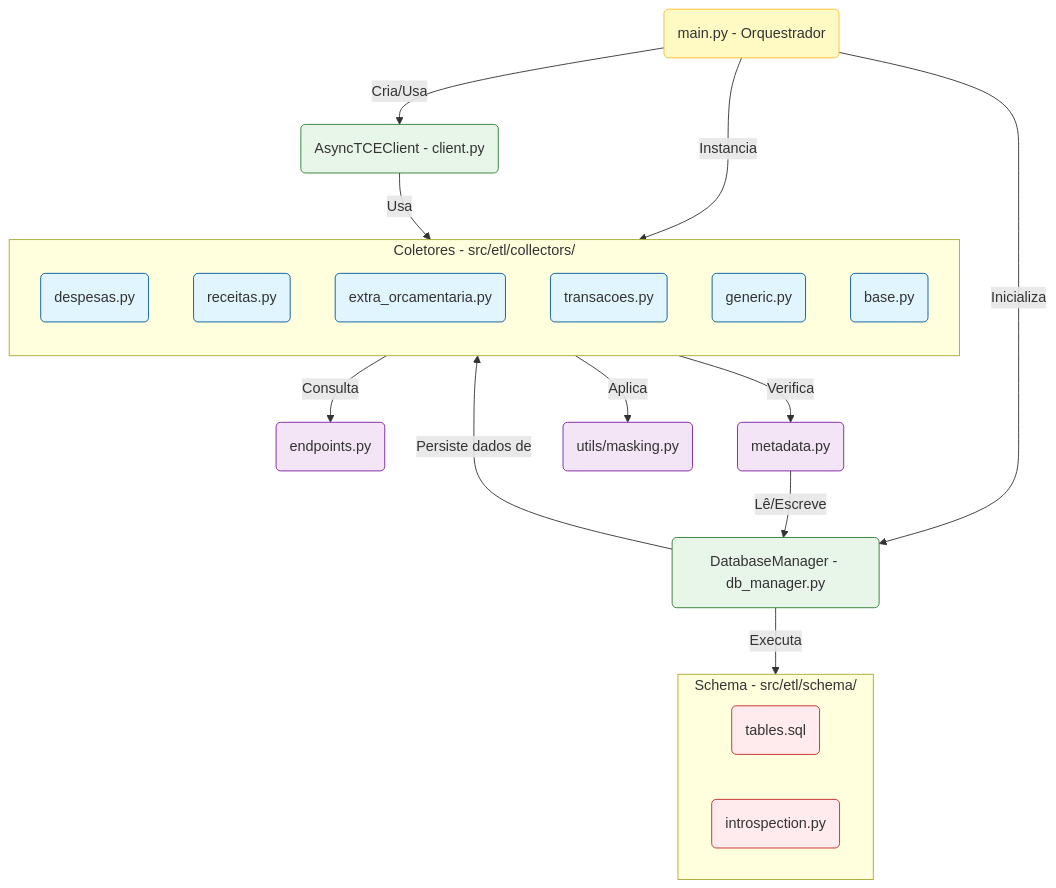
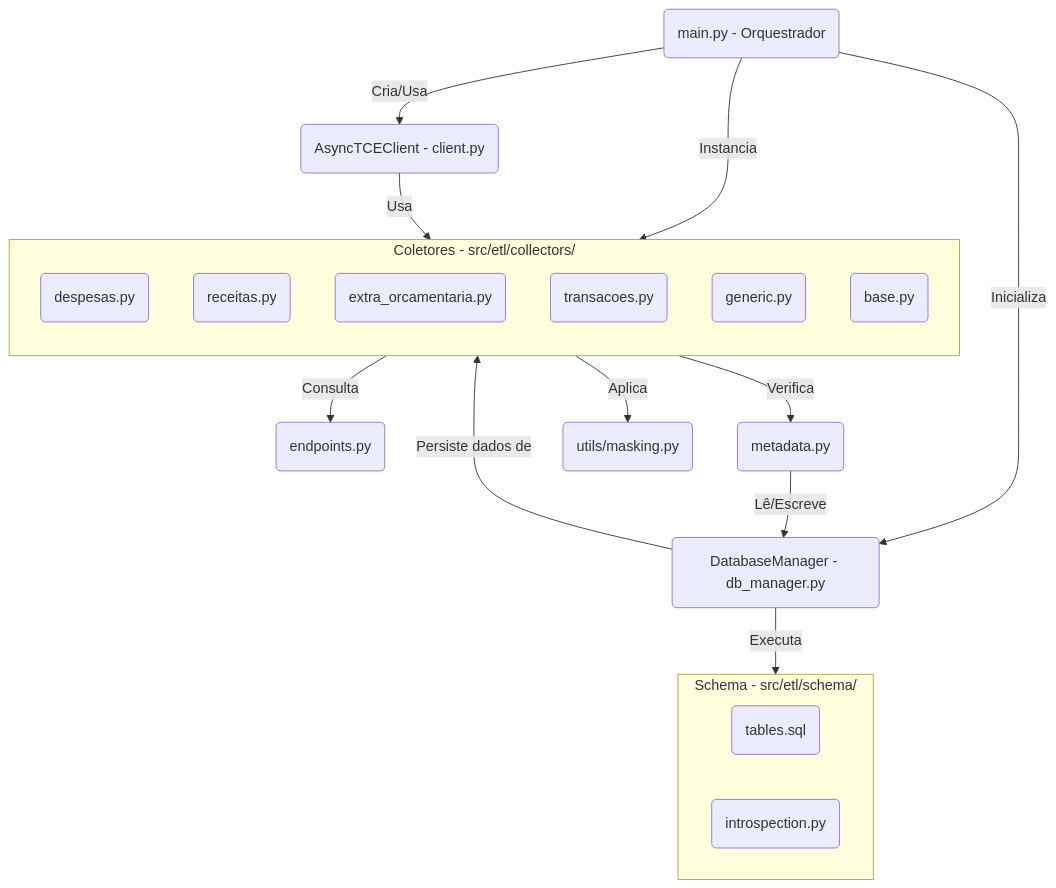
The first of 2 diagrams in ETL.md (oericdacosta/public-audit-agent), drawn with Mermaid before and after one commit. The commit also changed other lines of this file, not shown here.

````diff
--- a/ETL.md
+++ b/ETL.md
@@ -19,45 +19,39 @@
 ```mermaid
 graph TD
-    classDef collector fill:#e1f5fe,stroke:#01579b
-    classDef main fill:#fff9c4,stroke:#fbc02d
-    classDef core fill:#e8f5e9,stroke:#2e7d32
-    classDef util fill:#f3e5f5,stroke:#7b1fa2
-    classDef db fill:#ffebee,stroke:#c62828
+    Main("main.py - Orquestrador")
+    Client("AsyncTCEClient - client.py")
+    DB("DatabaseManager - db_manager.py")
 
-    Main(main.py - Orquestrador):::main
-    Client(AsyncTCEClient - client.py):::core
-    DB(DatabaseManager - db_manager.py):::core
-
-    subgraph Collectors [Coletores - src/etl/collectors/]
+    subgraph Collectors ["Coletores - src/etl/collectors/"]
         direction TB
-        Exp(despesas.py):::collector
-        Rev(receitas.py):::collector
-        Extra(extra_orcamentaria.py):::collector
-        Trans(transacoes.py):::collector
-        Gen(generic.py):::collector
-        Base(base.py):::collector
+        Exp("despesas.py")
+        Rev("receitas.py")
+        Extra("extra_orcamentaria.py")
+        Trans("transacoes.py")
+        Gen("generic.py")
+        Base("base.py")
     end
 
-    Endpoints(endpoints.py):::util
-    Metadata(metadata.py):::util
-    Masking(utils/masking.py):::util
+    Endpoints("endpoints.py")
+    Metadata("metadata.py")
+    Masking("utils/masking.py")
 
-    subgraph Schema [Schema - src/etl/schema/]
-        Tables(tables.sql):::db
-        Intro(introspection.py):::db
+    subgraph Schema ["Schema - src/etl/schema/"]
+        Tables("tables.sql")
+        Intro("introspection.py")
     end
 
     Main -->|Cria/Usa| Client
     Main -->|Inicializa| DB
     Main -->|Instancia| Collectors
 
     Client -->|Usa| Collectors
     DB -->|Persiste dados de| Collectors
 
     Collectors -->|Consulta| Endpoints
     Collectors -->|Verifica| Metadata
     Collectors -->|Aplica| Masking
 
     DB -->|Executa| Schema
     Metadata -->|Lê/Escreve| DB
 ```
````
